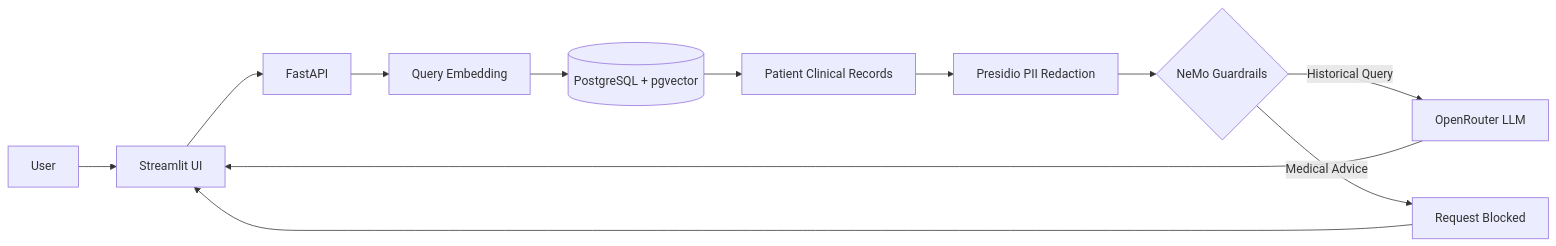
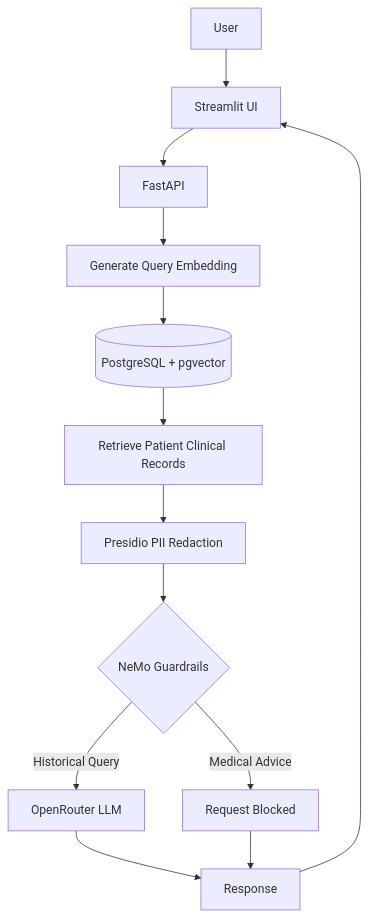
Before and after one commit to AlienXc137/Enterprise-PostgreSQL-RAG-with-AI-Guardrails-for-Hospitals: the first of 2 diagrams in Readme.md, drawn with Mermaid.

````diff
--- a/Readme.md
+++ b/Readme.md
@@ -48,14 +48,15 @@
 ```mermaid
-flowchart LR
+flowchart TD
     A[User] --> B[Streamlit UI]
     B --> C[FastAPI]
-    C --> D[Query Embedding]
+    C --> D[Generate Query Embedding]
     D --> E[(PostgreSQL + pgvector)]
-    E --> F[Patient Clinical Records]
+    E --> F[Retrieve Patient Clinical Records]
     F --> G[Presidio PII Redaction]
     G --> H{NeMo Guardrails}
     H -->|Historical Query| I[OpenRouter LLM]
     H -->|Medical Advice| J[Request Blocked]
-    I --> B
-    J --> B
+    I --> K[Response]
+    J --> K
+    K --> B
 ```
````
